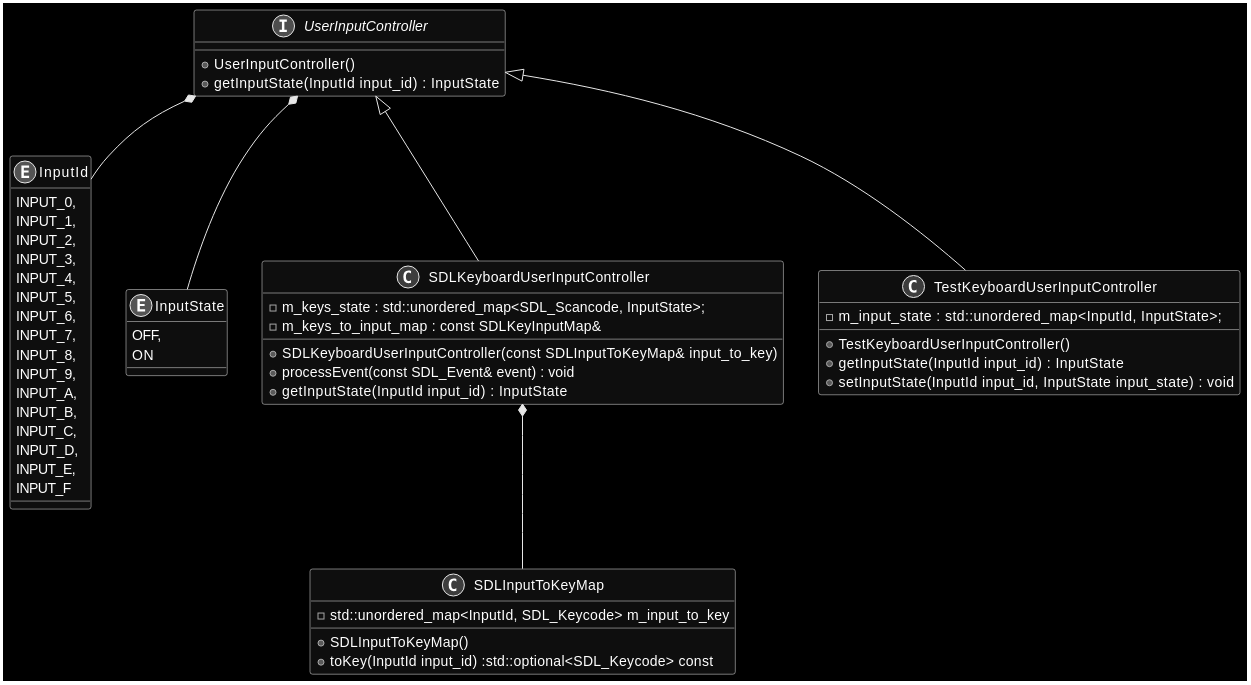
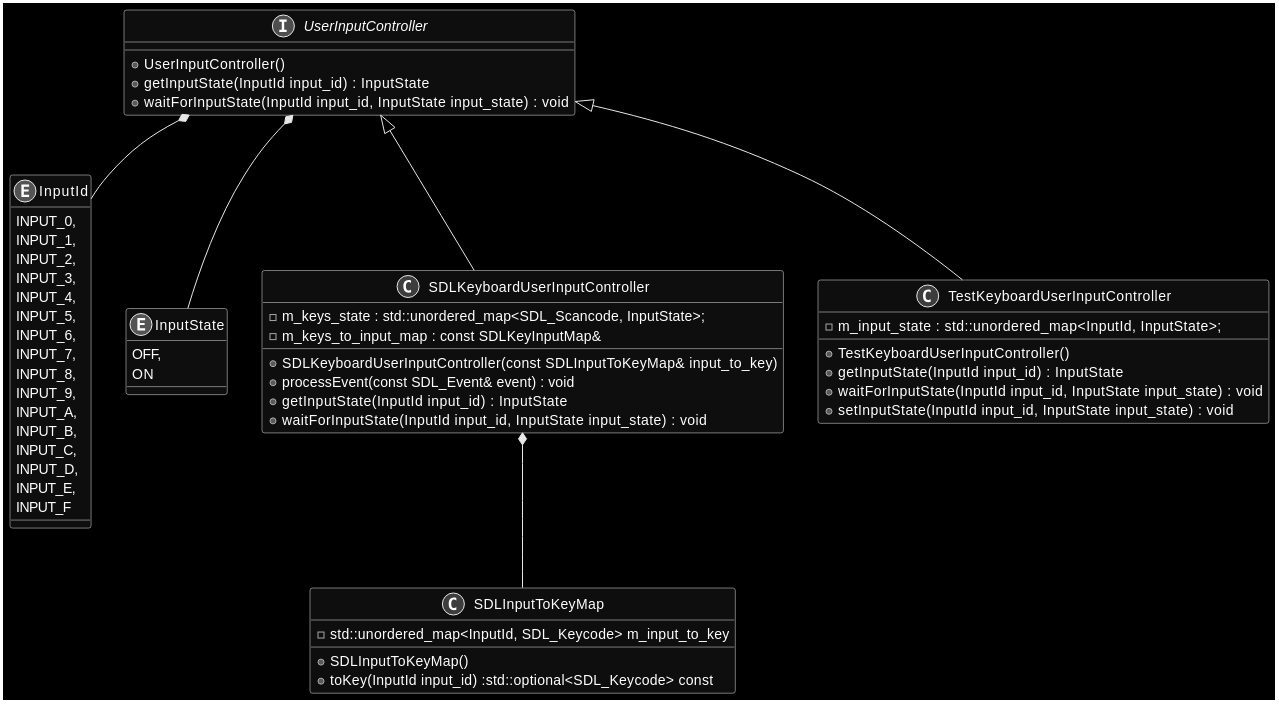
The second of 2 diagrams in conception/conception.md (rdesarz/emuchip8), drawn with PlantUML before and after one commit. The commit also changed other lines of this file, not shown here.

````diff
--- a/conception/conception.md
+++ b/conception/conception.md
@@ -14,67 +48,70 @@
 ```plantuml
 @startuml class
 
 skinparam monochrome reverse
 
 interface UserInputController {
     + UserInputController()
     + getInputState(InputId input_id) : InputState
+    + waitForInputState(InputId input_id, InputState input_state) : void
 }
 
 enum InputId {
     INPUT_0,
     INPUT_1,
     INPUT_2,
     INPUT_3,
     INPUT_4,
     INPUT_5,
     INPUT_6,
     INPUT_7,
     INPUT_8,
     INPUT_9,
     INPUT_A,
     INPUT_B,
     INPUT_C,
     INPUT_D,
     INPUT_E,
     INPUT_F
 }
 
 enum InputState {
     OFF,
     ON
 }
 
 UserInputController *-- InputId
 
 UserInputController *-- InputState
 
 class SDLKeyboardUserInputController {
     + SDLKeyboardUserInputController(const SDLInputToKeyMap& input_to_key)
     + processEvent(const SDL_Event& event) : void
     + getInputState(InputId input_id) : InputState
+    + waitForInputState(InputId input_id, InputState input_state) : void    
     - m_keys_state : std::unordered_map<SDL_Scancode, InputState>;
     - m_keys_to_input_map : const SDLKeyInputMap&
 }
 
 class SDLInputToKeyMap {
     + SDLInputToKeyMap()
     + toKey(InputId input_id) :std::optional<SDL_Keycode> const
     - std::unordered_map<InputId, SDL_Keycode> m_input_to_key
 }
 
 SDLKeyboardUserInputController *-- SDLInputToKeyMap
 
 UserInputController <|-- SDLKeyboardUserInputController
 
 class TestKeyboardUserInputController {
     + TestKeyboardUserInputController()
     + getInputState(InputId input_id) : InputState
+    + waitForInputState(InputId input_id, InputState input_state) : void
     + setInputState(InputId input_id, InputState input_state) : void
     - m_input_state : std::unordered_map<InputId, InputState>;
 }
 
 UserInputController <|-- TestKeyboardUserInputController
 
 @enduml
 ```
````
